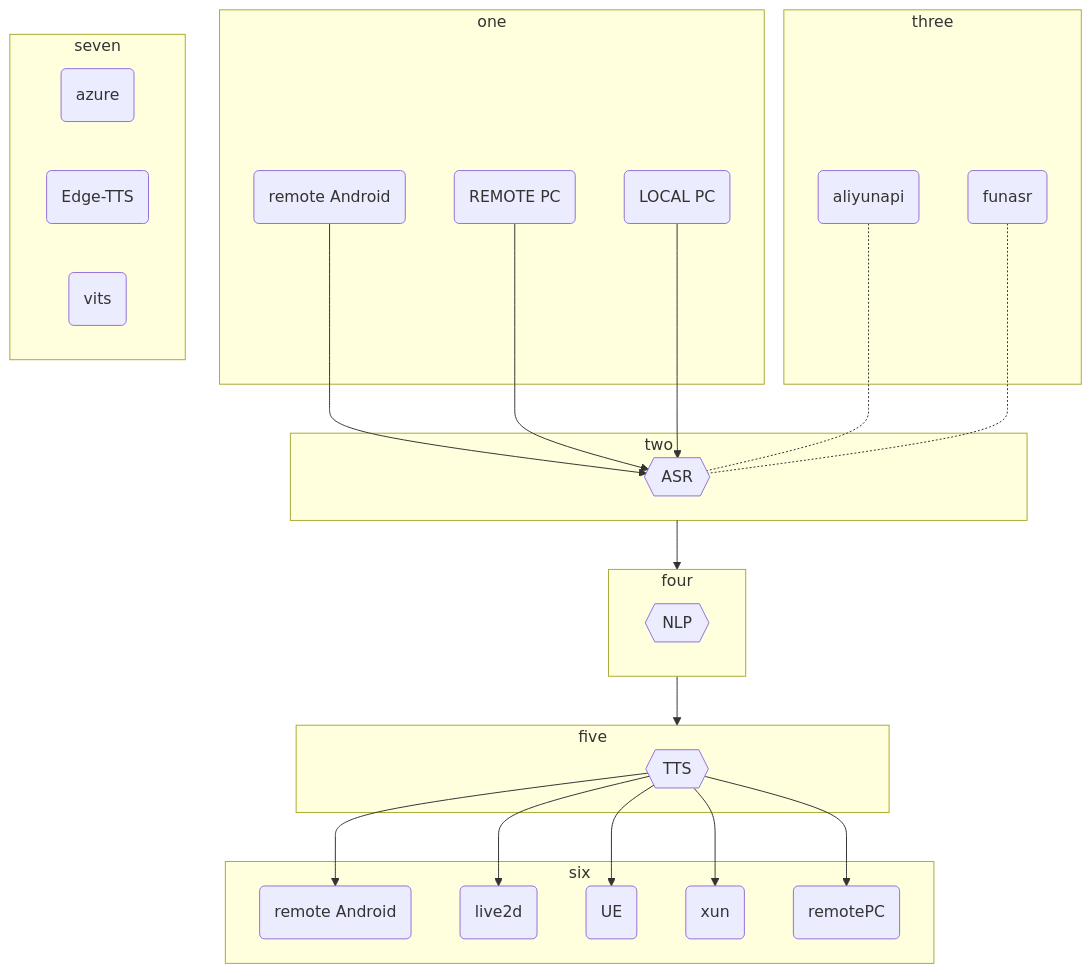
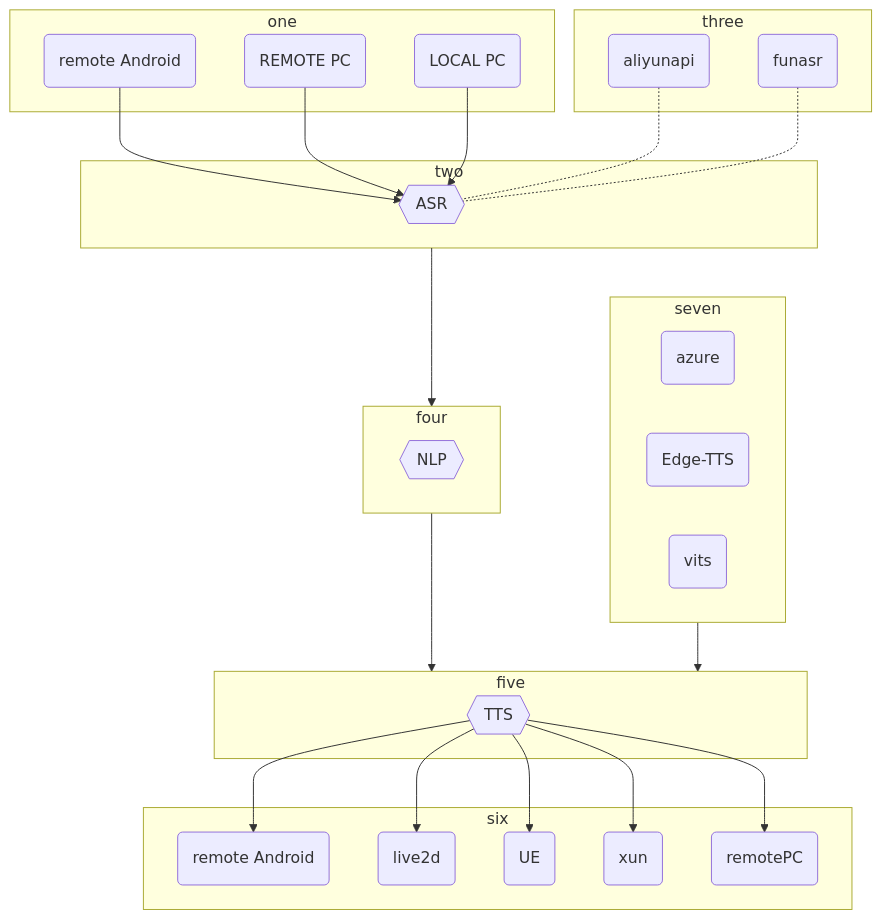
One commit to Luckyyaheen/testmd changed the diagram in README.md. Above: the diagram before and after it, drawn with Mermaid.

````diff
--- a/README.md
+++ b/README.md
@@ -2,61 +2,62 @@
 ```mermaid
 flowchart TB
 
     aa-->asr
     cc-->asr
     bb-->asr
 
     aliyun-.-asr
     funasr-.-asr
 
     tts-->sixa
     tts-->sixb
     tts-->sixc
     tts-->sixd
     tts-->sixe
 
     subgraph one
     aa("remote Android")
     cc("REMOTE PC")
     bb("LOCAL PC")
     end
 
     subgraph two
     asr{{"ASR"}}
     end
 
     subgraph three
     aliyun("aliyunapi")
     funasr("funasr")  
     end
 
     subgraph four
     nlp{{"NLP"}}
     end
 
     subgraph five
     tts{{"TTS"}}
     end
 
 
     subgraph six
     sixa("remote Android")
     sixb("live2d")
     sixc("UE")
     sixd("xun")
     sixe("remotePC")
     end
 
 
     subgraph seven
     seven_az("azure")
     seven_edg("Edge-TTS")
     seven_vi("vits")
  
     end
 
     two --> four
     four --> five
+    seven --> five
 
 
 ```
````
